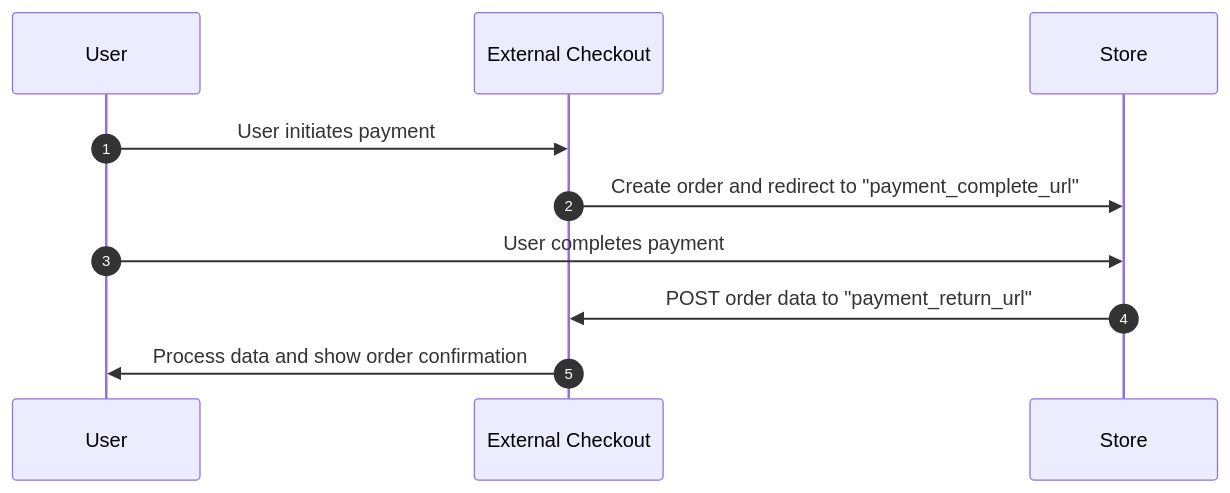
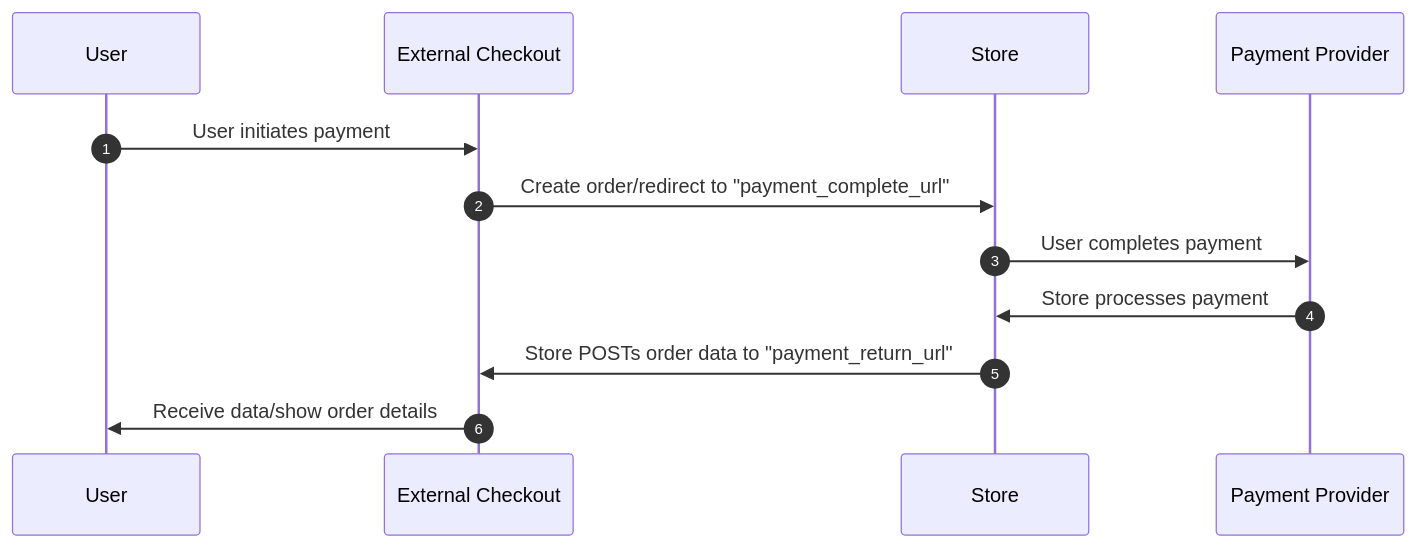
The diagram in _snippets/_redirect-payment-flow.mdx (29next/developer-docs), drawn with Mermaid before and after one commit.

Commit message:
improve api payment redirect flow diagram

````diff
--- a/_snippets/_redirect-payment-flow.mdx
+++ b/_snippets/_redirect-payment-flow.mdx
@@ -5,9 +5,10 @@
 ``` mermaid
 sequenceDiagram
   autonumber
   User->>External Checkout: User initiates payment
-  External Checkout->>Store: Create order and redirect to "payment_complete_url"
-  User->>Store: User completes payment
-  Store->>External Checkout: POST order data to "payment_return_url"
-  External Checkout->>User: Process data and show order confirmation
+  External Checkout->>Store: Create order/redirect to "payment_complete_url"
+  Store->>Payment Provider: User completes payment
+  Payment Provider->>Store: Store processes payment
+  Store->>External Checkout: Store POSTs order data to "payment_return_url"
+  External Checkout->>User: Receive data/show order details
 ```
````
